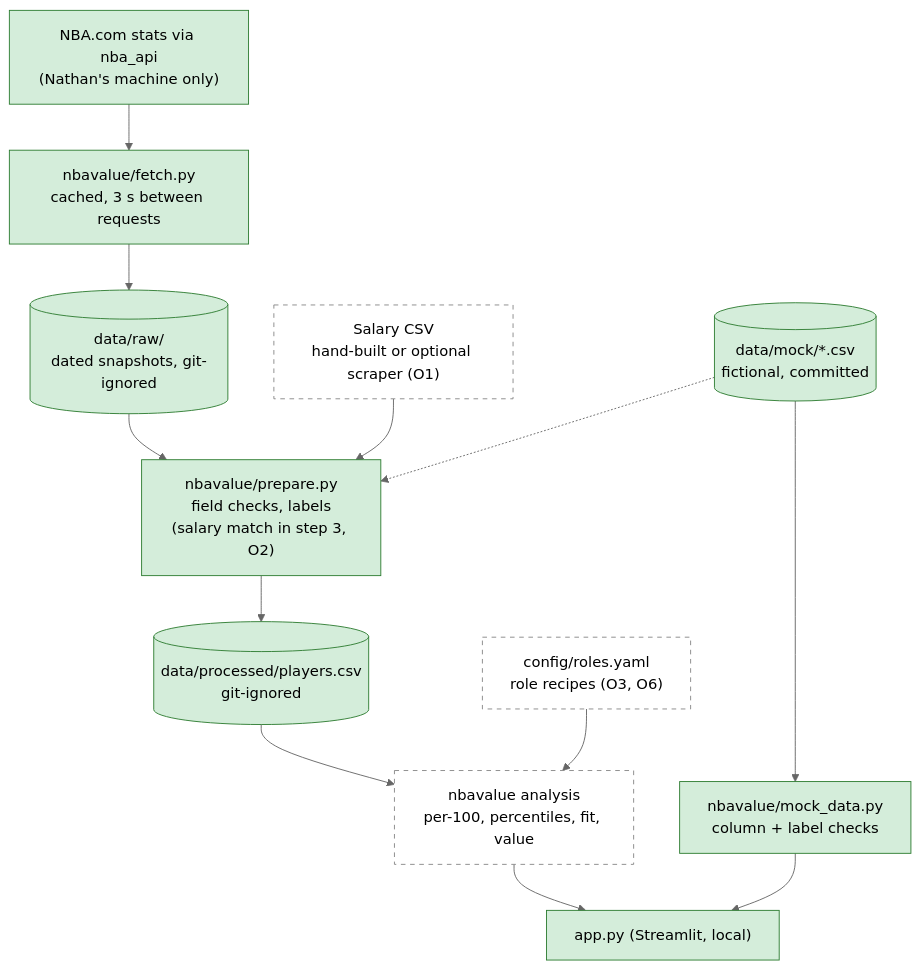
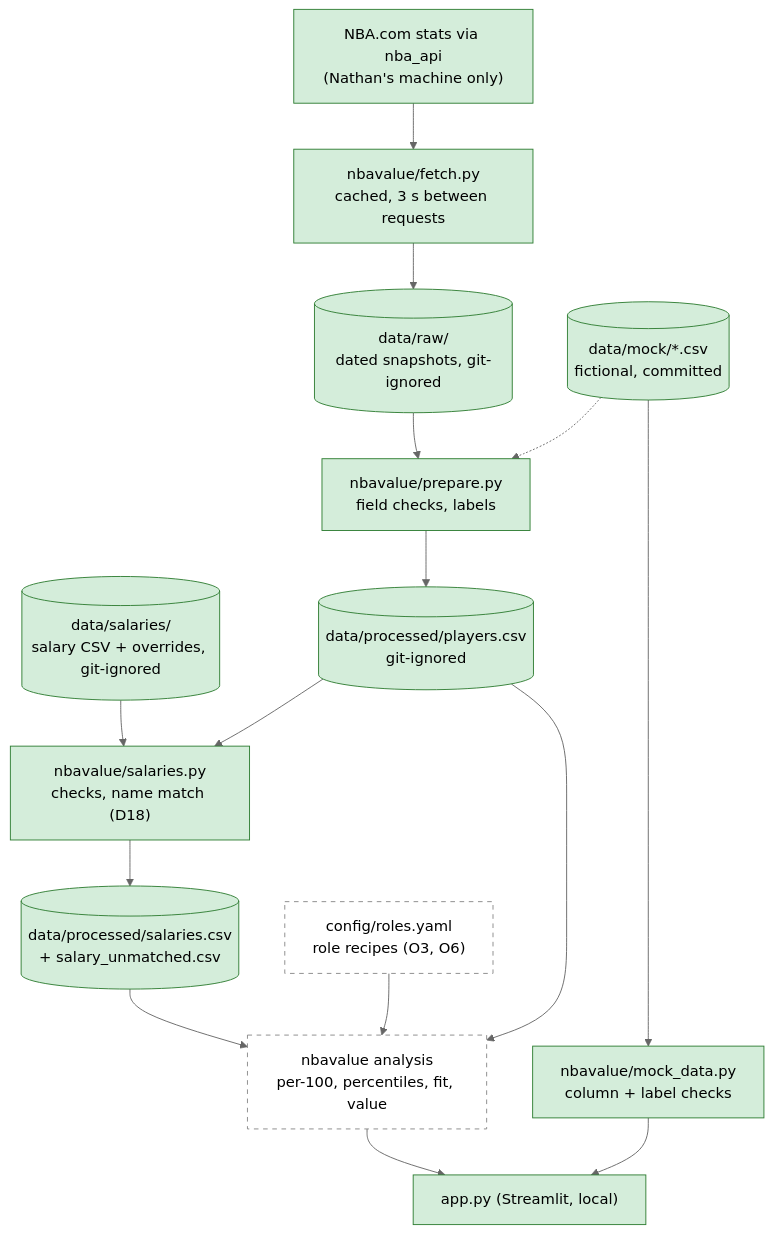
Before and after one commit to nathanZKL/EPL-Transfer-Analyzer: the diagram in docs/architecture.md, drawn with Mermaid (neutral theme). The commit also changed other lines of this file and 11 other files, not shown here.

First line of the commit message:
Add salary import and matching (MVP step 3)

````diff
--- a/docs/architecture.md
+++ b/docs/architecture.md
@@ -45,27 +47,30 @@
 ```mermaid
 flowchart TD
   NBA["NBA.com stats via nba_api<br/>(Nathan's machine only)"]
-  SAL["Salary CSV<br/>hand-built or optional scraper (O1)"]
+  SAL[("data/salaries/<br/>salary CSV + overrides, git-ignored")]
+  SALM["nbavalue/salaries.py<br/>checks, name match (D18)"]
+  STAB[("data/processed/salaries.csv<br/>+ salary_unmatched.csv")]
   FS["nbavalue/fetch.py<br/>cached, 3 s between requests"]
   RAW[("data/raw/<br/>dated snapshots, git-ignored")]
   MOCK[("data/mock/*.csv<br/>fictional, committed")]
   LOAD["nbavalue/mock_data.py<br/>column + label checks"]
-  PREP["nbavalue/prepare.py<br/>field checks, labels<br/>(salary match in step 3, O2)"]
+  PREP["nbavalue/prepare.py<br/>field checks, labels"]
   TABLE[("data/processed/players.csv<br/>git-ignored")]
   ROLES["config/roles.yaml<br/>role recipes (O3, O6)"]
   ANA["nbavalue analysis<br/>per-100, percentiles, fit, value"]
   APP["app.py (Streamlit, local)"]
 
   NBA --> FS --> RAW --> PREP
-  SAL --> PREP
   PREP --> TABLE --> ANA --> APP
+  SAL --> SALM --> STAB --> ANA
+  TABLE --> SALM
   ROLES --> ANA
   MOCK --> LOAD --> APP
   MOCK -.-> PREP
 
   classDef built fill:#d4edda,stroke:#2e7d32,color:#000
   classDef planned fill:#fff,stroke:#888,stroke-dasharray:5 5,color:#000
-  class MOCK,LOAD,APP,FS,PREP built
-  class NBA,RAW,TABLE built
-  class SAL,ROLES,ANA planned
+  class MOCK,LOAD,APP,FS,PREP,SALM built
+  class NBA,RAW,TABLE,SAL,STAB built
+  class ROLES,ANA planned
 ```
````
